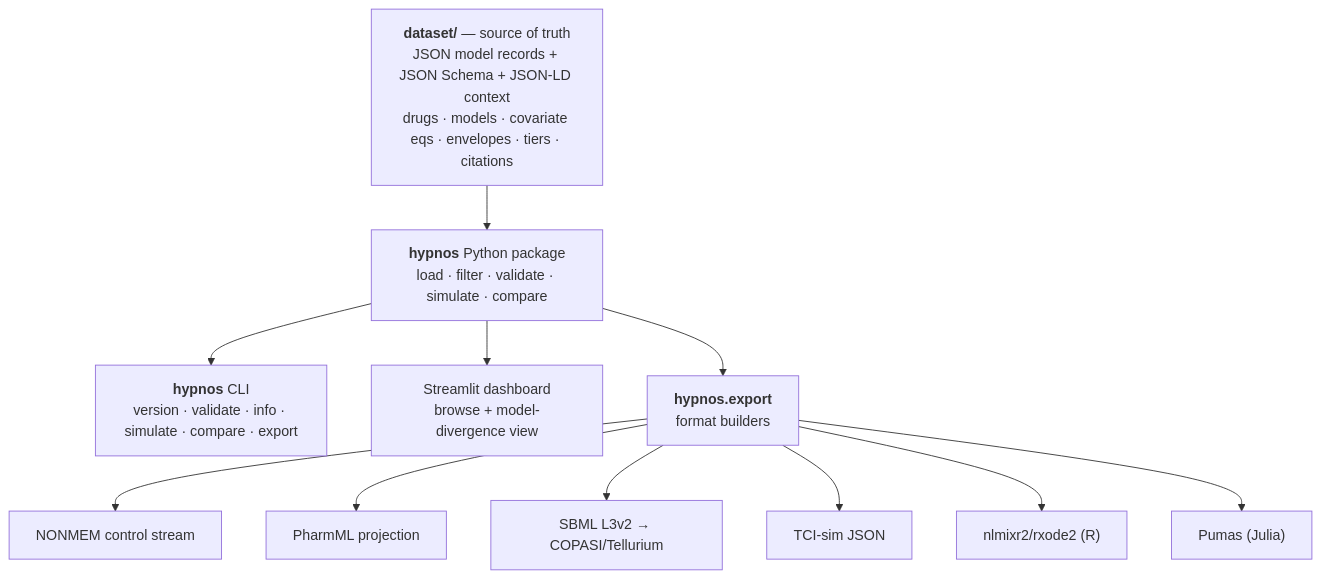
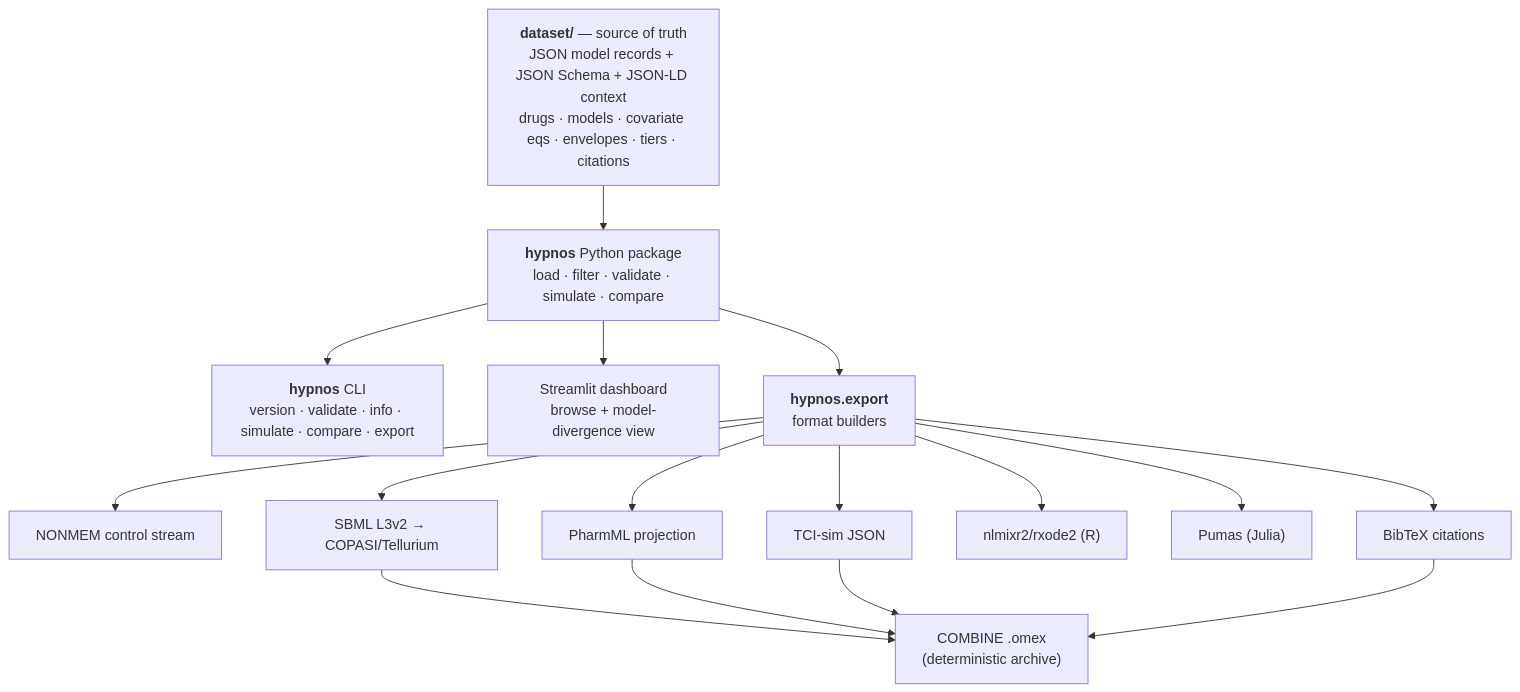
One commit to clay-good/hypnos changed the first of 3 diagrams in README.md. Above: the diagram before and after it, drawn with Mermaid. The commit also changed other lines of this file and 11 other files, not shown here.

First line of the commit message:
Phase E: COMBINE .omex + BibTeX exporters, reproducibility, release hardening

````diff
--- a/README.md
+++ b/README.md
@@ -155,14 +155,19 @@
 ```mermaid
 flowchart TD
     DS["<b>dataset/</b> — source of truth<br/>JSON model records + JSON Schema + JSON-LD context<br/>drugs · models · covariate eqs · envelopes · tiers · citations"]
     DS --> PKG["<b>hypnos</b> Python package<br/>load · filter · validate · simulate · compare"]
     PKG --> CLI["<b>hypnos</b> CLI<br/>version · validate · info · simulate · compare · export"]
     PKG --> DASH["Streamlit dashboard<br/>browse + model-divergence view"]
     PKG --> EXP["<b>hypnos.export</b><br/>format builders"]
     EXP --> NM["NONMEM control stream"]
     EXP --> PHARMML["PharmML projection"]
     EXP --> SBML["SBML L3v2 → COPASI/Tellurium"]
     EXP --> TCIJSON["TCI-sim JSON"]
     EXP --> RX["nlmixr2/rxode2 (R)"]
     EXP --> PUMAS["Pumas (Julia)"]
+    EXP --> BIB["BibTeX citations"]
+    SBML --> OMEX["COMBINE .omex<br/>(deterministic archive)"]
+    PHARMML --> OMEX
+    TCIJSON --> OMEX
+    BIB --> OMEX
 ```
````
